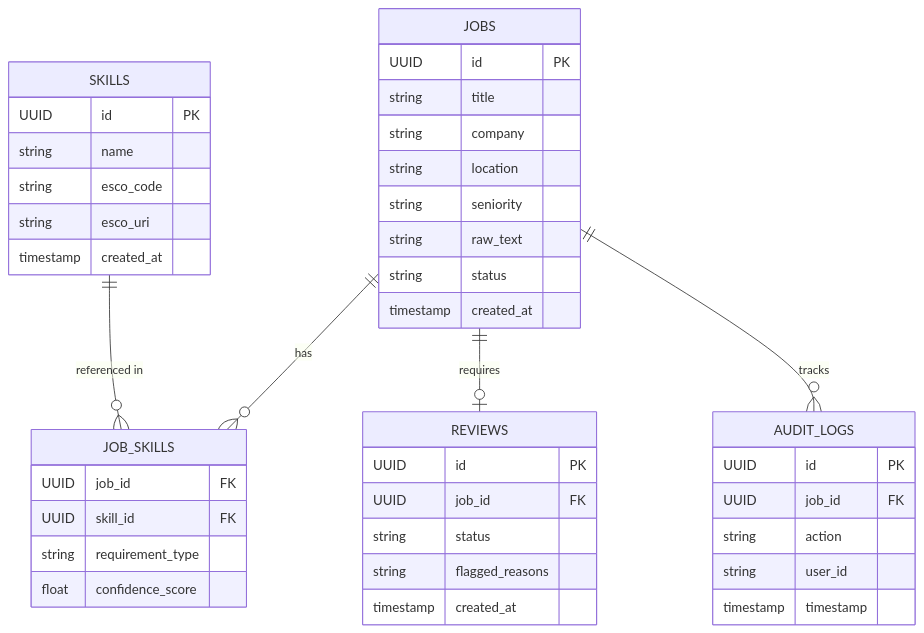
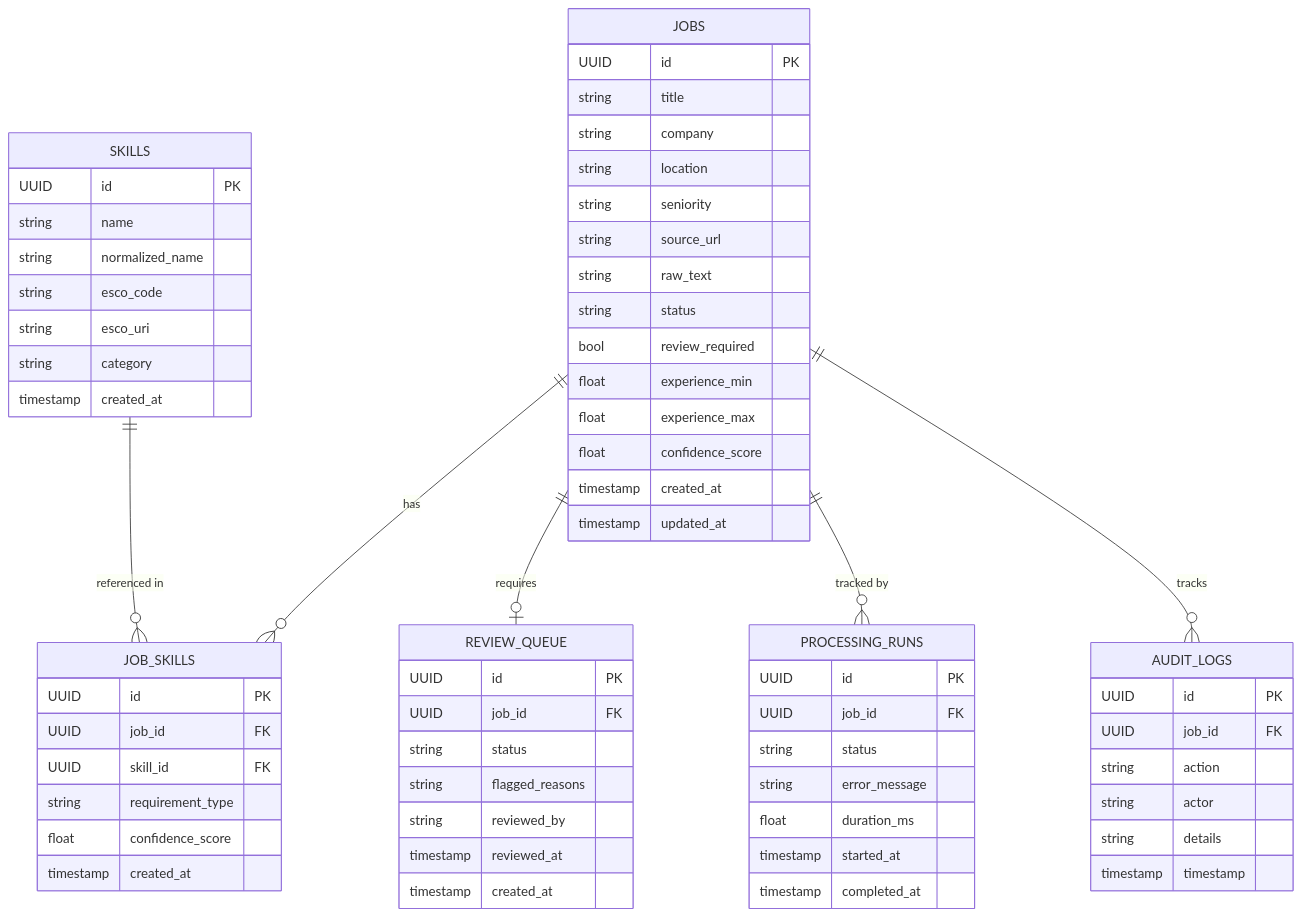
Before and after one commit to sbkxd/Job-Desription-Parser: the third of 5 diagrams in architecture.md, drawn with Mermaid. The commit also changed other lines of this file and 5 other files, not shown here.

````diff
--- a/architecture.md
+++ b/architecture.md
@@ -44,45 +70,68 @@
 ```mermaid
 erDiagram
     JOBS {
         UUID id PK
         string title
         string company
         string location
         string seniority
+        string source_url
         string raw_text
         string status
+        bool review_required
+        float experience_min
+        float experience_max
+        float confidence_score
         timestamp created_at
+        timestamp updated_at
     }
     SKILLS {
         UUID id PK
         string name
+        string normalized_name
         string esco_code
         string esco_uri
+        string category
         timestamp created_at
     }
     JOB_SKILLS {
+        UUID id PK
         UUID job_id FK
         UUID skill_id FK
         string requirement_type
         float confidence_score
+        timestamp created_at
     }
-    REVIEWS {
+    REVIEW_QUEUE {
         UUID id PK
         UUID job_id FK
         string status
         string flagged_reasons
+        string reviewed_by
+        timestamp reviewed_at
         timestamp created_at
+    }
+    PROCESSING_RUNS {
+        UUID id PK
+        UUID job_id FK
+        string status
+        string error_message
+        float duration_ms
+        timestamp started_at
+        timestamp completed_at
     }
     AUDIT_LOGS {
         UUID id PK
         UUID job_id FK
         string action
-        string user_id
+        string actor
+        string details
         timestamp timestamp
     }
 
     JOBS ||--o{ JOB_SKILLS : "has"
     SKILLS ||--o{ JOB_SKILLS : "referenced in"
-    JOBS ||--o| REVIEWS : "requires"
+    JOBS ||--o| REVIEW_QUEUE : "requires"
+    JOBS ||--o{ PROCESSING_RUNS : "tracked by"
     JOBS ||--o{ AUDIT_LOGS : "tracks"
 ```
````
